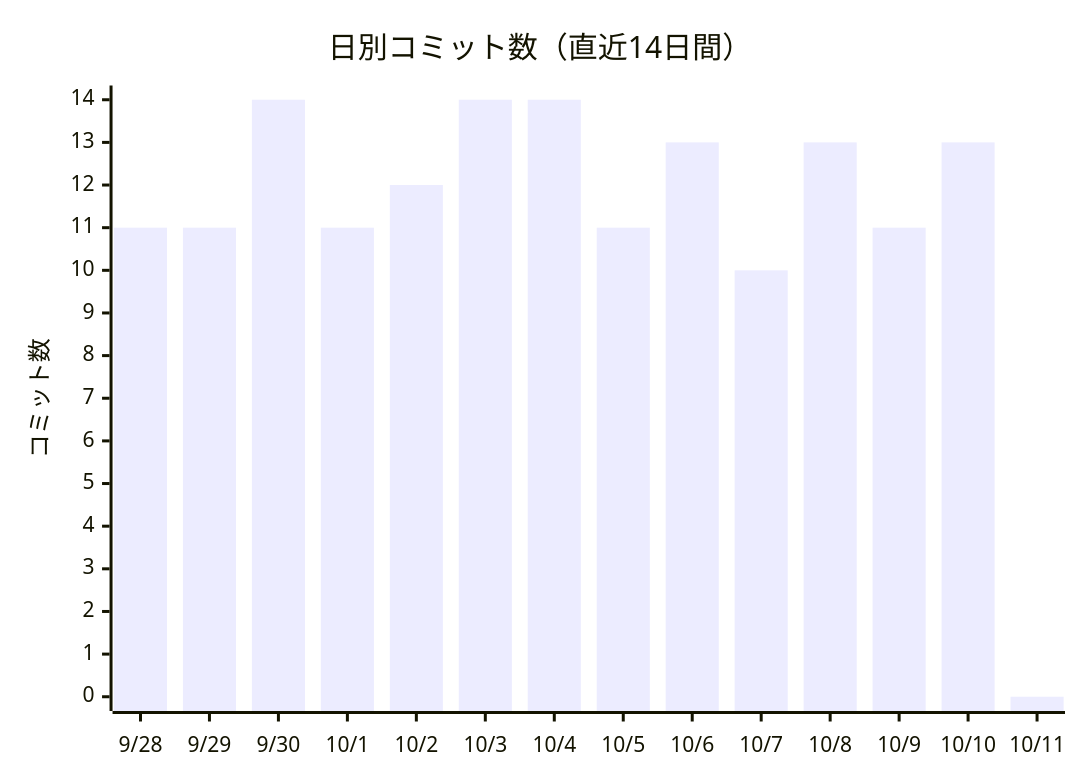
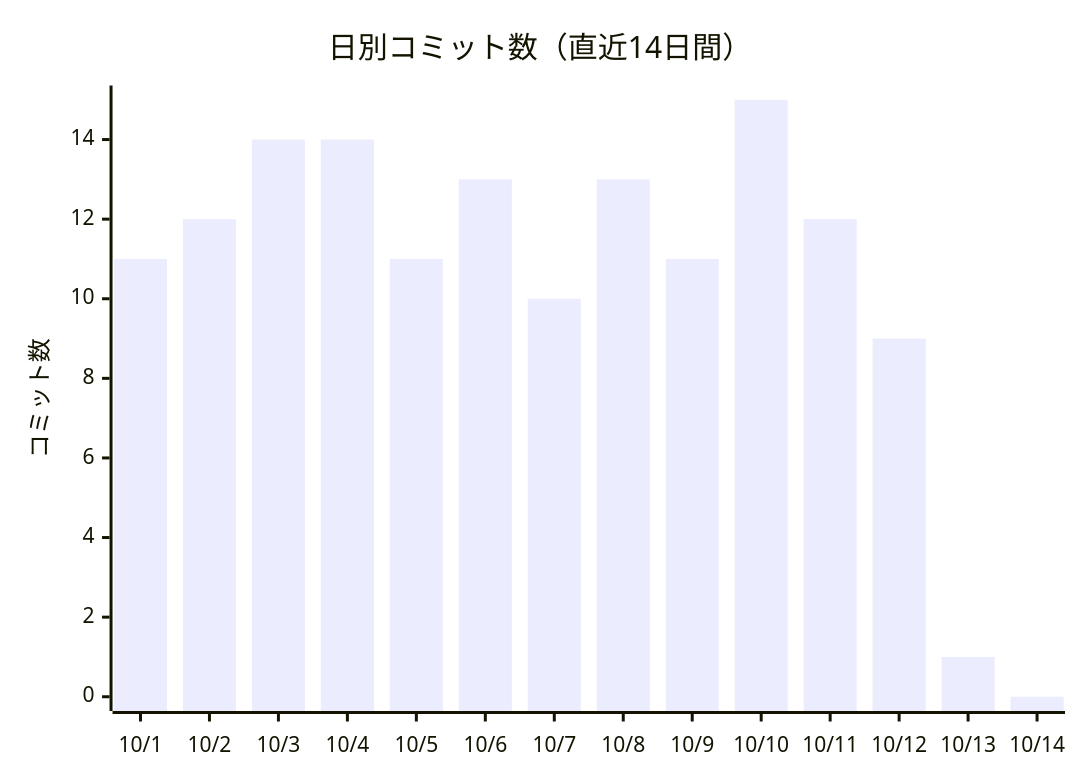
One commit to non-x2/non-x2 changed the first of 2 diagrams in docs/進化レポート.md. Above: the diagram before and after it, drawn with Mermaid. The commit also changed other lines of this file and 3 other files, not shown here.

````diff
--- a/docs/進化レポート.md
+++ b/docs/進化レポート.md
@@ -23,7 +23,7 @@
 ```mermaid
 xychart-beta
     title "日別コミット数（直近14日間）"
-    x-axis ["9/28", "9/29", "9/30", "10/1", "10/2", "10/3", "10/4", "10/5", "10/6", "10/7", "10/8", "10/9", "10/10", "10/11"]
+    x-axis ["10/1", "10/2", "10/3", "10/4", "10/5", "10/6", "10/7", "10/8", "10/9", "10/10", "10/11", "10/12", "10/13", "10/14"]
     y-axis "コミット数"
-    bar [11, 11, 14, 11, 12, 14, 14, 11, 13, 10, 13, 11, 13, 0]
+    bar [11, 12, 14, 14, 11, 13, 10, 13, 11, 15, 12, 9, 1, 0]
 ```
````
